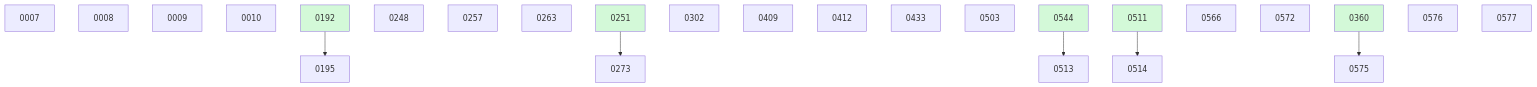
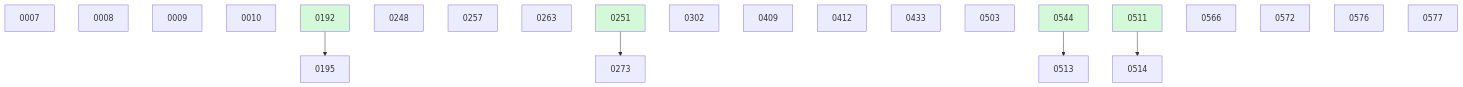
The diagram in docs/changes/BOARD.md (danielhanold/docket), drawn with Mermaid before and after one commit. The commit also changed other lines of this file and 4 other files, not shown here.

````diff
--- a/docs/changes/BOARD.md
+++ b/docs/changes/BOARD.md
@@ -41,30 +35,28 @@
 ```mermaid
 graph TD
   0007
   0008
   0009
   0010
   0192 --> 0195
   0248
   0257
   0263
   0251 --> 0273
   0302
   0409
   0412
   0433
   0503
   0544 --> 0513
   0511 --> 0514
   0566
   0572
-  0360 --> 0575
   0576
   0577
   0192:::done
   0251:::done
-  0360:::done
   0511:::done
   0544:::done
   classDef done fill:#d3f9d8;
 ```
````
